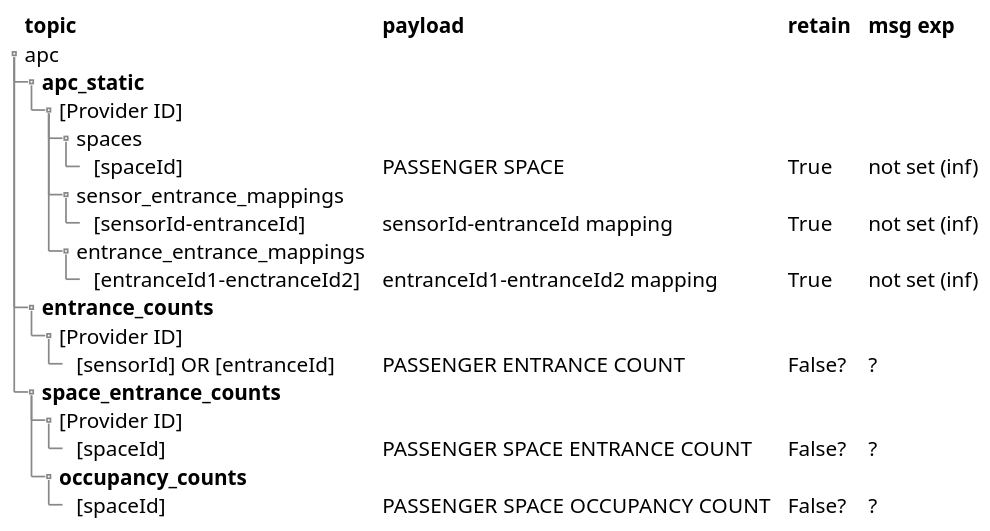
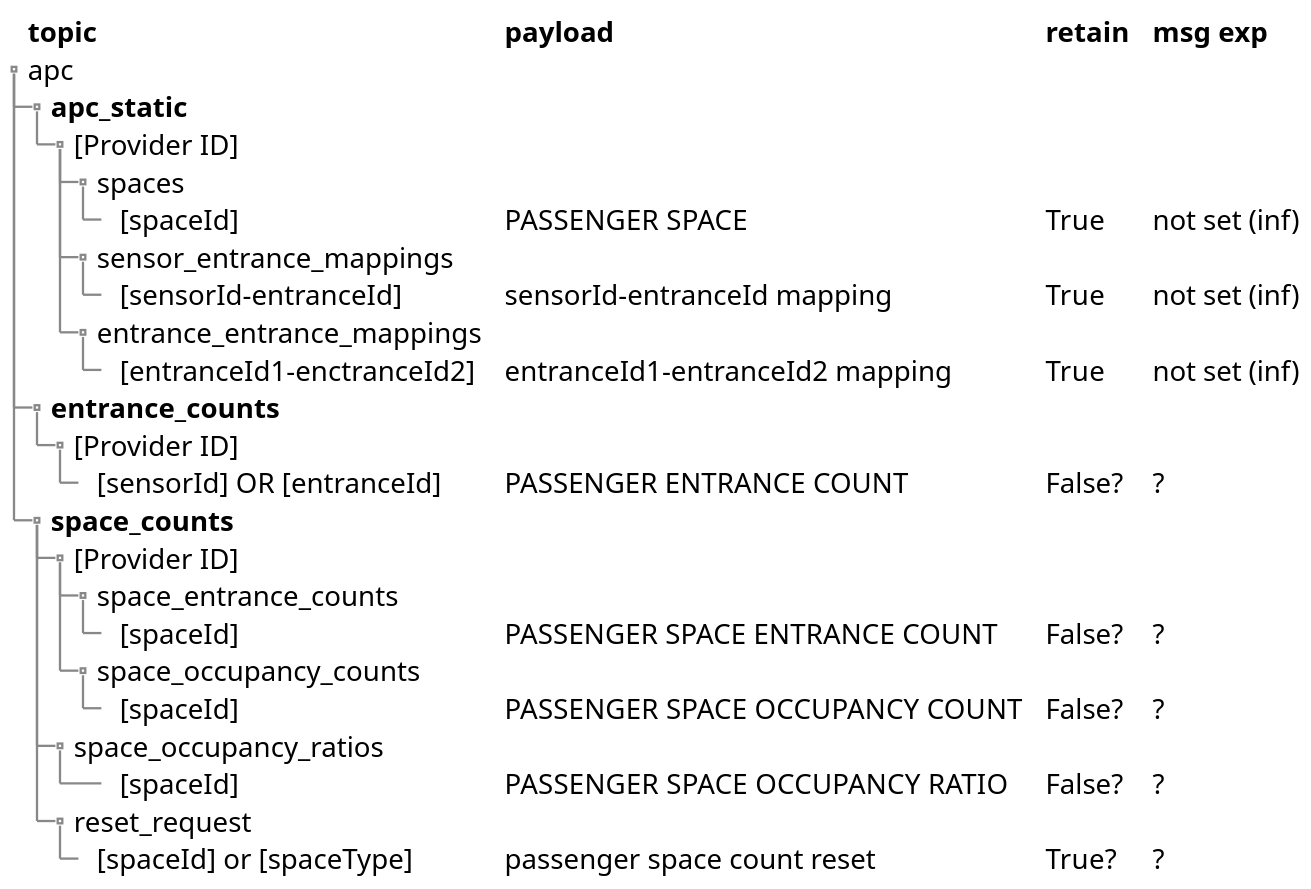
Before and after one commit to A-Fromell-ITxPT/SpecTest: the diagram in apc/apc-topic-tree.puml, drawn with PlantUML. The commit also changed 24 other files, not shown here.

```diff
--- a/apc/apc-topic-tree.puml
+++ b/apc/apc-topic-tree.puml
@@ -1,26 +1,32 @@
 @startsalt
-scale 1.5
+scale 2
 skinparam backgroundColor white
 {
 {T
 + **topic** | **payload** | **retain** | **msg exp**
 + apc
 ++ **apc_static**
 +++ [Provider ID]
 ++++ spaces
 +++++ [spaceId] | PASSENGER SPACE | True | not set (inf)
 ++++ sensor_entrance_mappings
 +++++ [sensorId-entranceId] | sensorId-entranceId mapping | True | not set (inf)
 ++++ entrance_entrance_mappings
 +++++ [entranceId1-enctranceId2] | entranceId1-entranceId2 mapping | True | not set (inf)
 ++ **entrance_counts**
 +++ [Provider ID]
 ++++ [sensorId] OR [entranceId] | PASSENGER ENTRANCE COUNT | False? | ?
-++ **space_entrance_counts**
+++ **space_counts**
 +++ [Provider ID]
-++++ [spaceId] | PASSENGER SPACE ENTRANCE COUNT | False? | ?
-+++ **occupancy_counts**
-++++ [spaceId] | PASSENGER SPACE OCCUPANCY COUNT | False? | ?
+++++ space_entrance_counts
++++++ [spaceId] | PASSENGER SPACE ENTRANCE COUNT | False? | ?
+++++ space_occupancy_counts
++++++ [spaceId] | PASSENGER SPACE OCCUPANCY COUNT | False? | ?
++++ space_occupancy_ratios
++++++ [spaceId] | PASSENGER SPACE OCCUPANCY RATIO | False? | ?
++++ reset_request
+++++ [spaceId] or [spaceType] | passenger space count reset | True? | ?
+
 }
 }
 @endsalt
```
